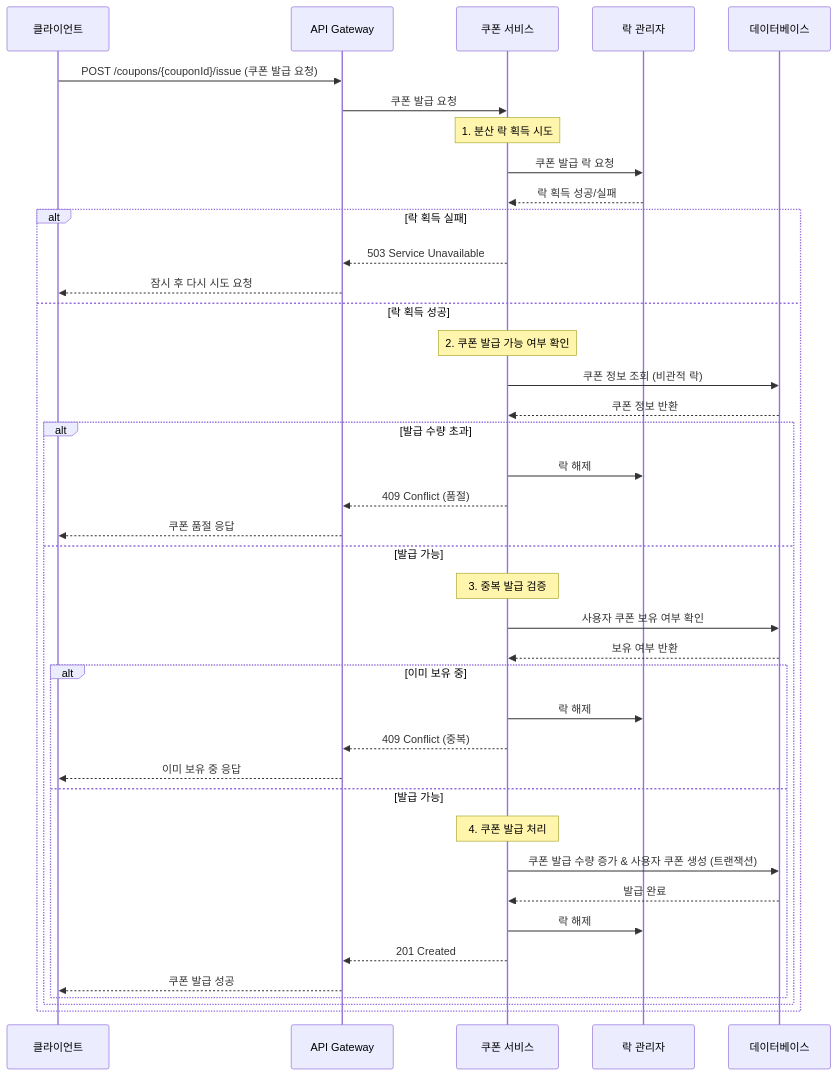
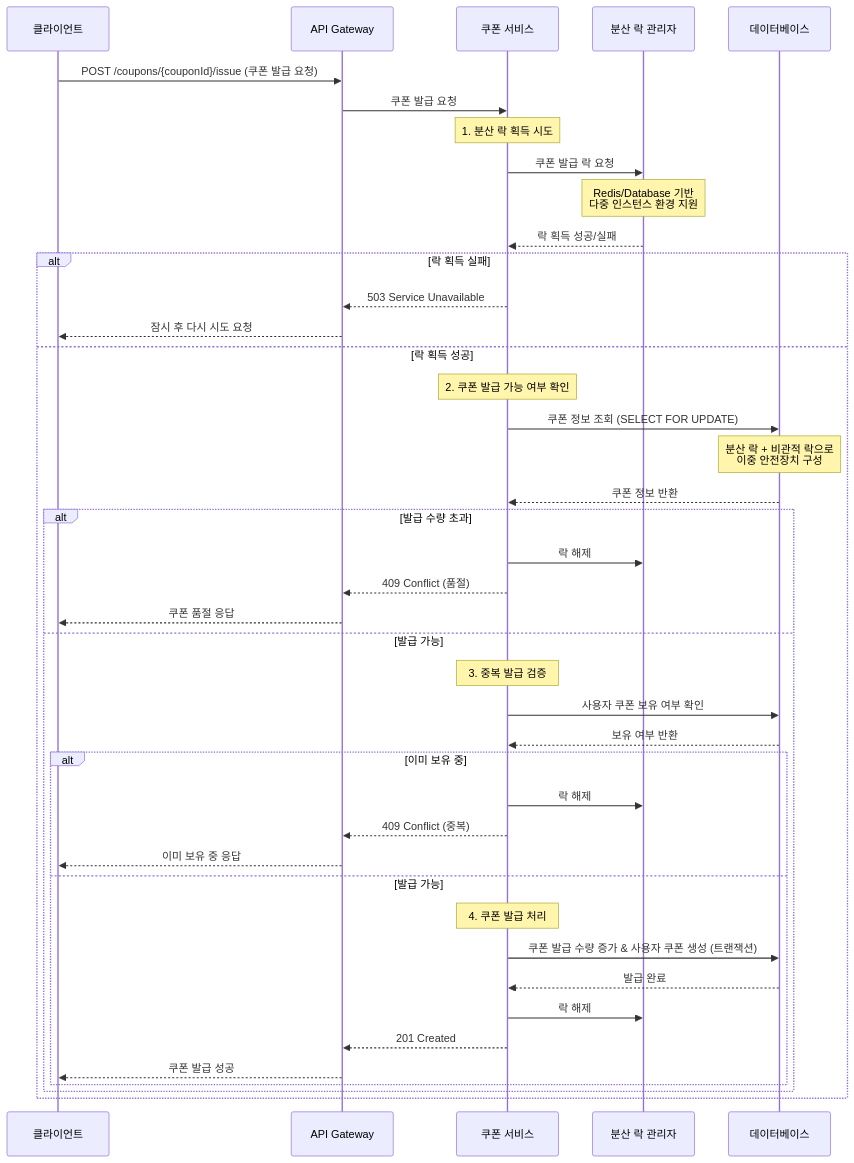
The second of 4 diagrams in docs/sequence_diagram.md (dltlaos11/ecommerce-spring-boot), drawn with Mermaid before and after one commit. The commit also changed other lines of this file and 1 other file, not shown here.

First line of the commit message:
refactor: ERD와 시퀀스 다이어그램 락 전략 일관성 개선

````diff
--- a/docs/sequence_diagram.md
+++ b/docs/sequence_diagram.md
@@ -101,48 +111,50 @@
 ```mermaid
 sequenceDiagram
     participant Client as 클라이언트
     participant API as API Gateway
     participant CouponService as 쿠폰 서비스
-    participant LockManager as 락 관리자
+    participant DistributedLock as 분산 락 관리자
     participant DB as 데이터베이스
 
     Client->>API: POST /coupons/{couponId}/issue (쿠폰 발급 요청)
     API->>CouponService: 쿠폰 발급 요청
 
     Note over CouponService: 1. 분산 락 획득 시도
-    CouponService->>LockManager: 쿠폰 발급 락 요청
-    LockManager-->>CouponService: 락 획득 성공/실패
+    CouponService->>DistributedLock: 쿠폰 발급 락 요청
+    Note over DistributedLock: Redis/Database 기반<br/>다중 인스턴스 환경 지원
+    DistributedLock-->>CouponService: 락 획득 성공/실패
 
     alt 락 획득 실패
         CouponService-->>API: 503 Service Unavailable
         API-->>Client: 잠시 후 다시 시도 요청
     else 락 획득 성공
         Note over CouponService: 2. 쿠폰 발급 가능 여부 확인
-        CouponService->>DB: 쿠폰 정보 조회 (비관적 락)
+        CouponService->>DB: 쿠폰 정보 조회 (SELECT FOR UPDATE)
+        Note over DB: 분산 락 + 비관적 락으로<br/>이중 안전장치 구성
         DB-->>CouponService: 쿠폰 정보 반환
 
         alt 발급 수량 초과
-            CouponService->>LockManager: 락 해제
+            CouponService->>DistributedLock: 락 해제
             CouponService-->>API: 409 Conflict (품절)
             API-->>Client: 쿠폰 품절 응답
         else 발급 가능
             Note over CouponService: 3. 중복 발급 검증
             CouponService->>DB: 사용자 쿠폰 보유 여부 확인
             DB-->>CouponService: 보유 여부 반환
 
             alt 이미 보유 중
-                CouponService->>LockManager: 락 해제
+                CouponService->>DistributedLock: 락 해제
                 CouponService-->>API: 409 Conflict (중복)
                 API-->>Client: 이미 보유 중 응답
             else 발급 가능
                 Note over CouponService: 4. 쿠폰 발급 처리
                 CouponService->>DB: 쿠폰 발급 수량 증가 & 사용자 쿠폰 생성 (트랜잭션)
                 DB-->>CouponService: 발급 완료
 
-                CouponService->>LockManager: 락 해제
+                CouponService->>DistributedLock: 락 해제
                 CouponService-->>API: 201 Created
                 API-->>Client: 쿠폰 발급 성공
             end
         end
     end
 ```
````
